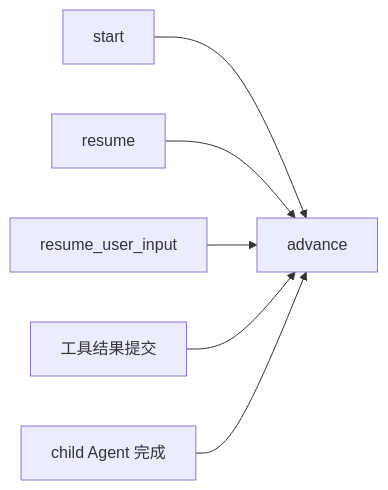
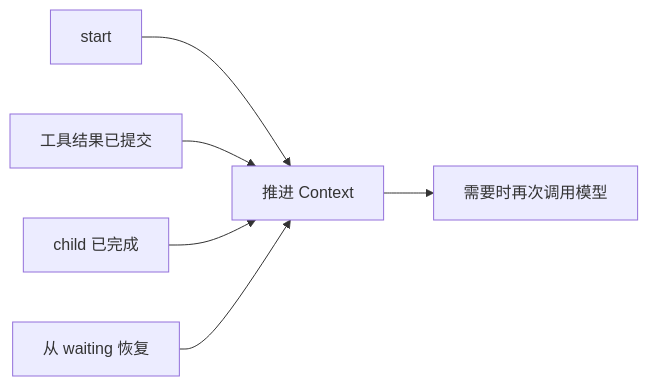
The second of 7 diagrams in docs/03-agent-loop-and-call-protocol.md (Arthur999459up/GitAgent), drawn with Mermaid before and after one commit. The commit also changed other lines of this file and 15 other files, not shown here.

````diff
--- a/docs/03-agent-loop-and-call-protocol.md
+++ b/docs/03-agent-loop-and-call-protocol.md
@@ -69,8 +56,8 @@
 ```mermaid
 flowchart LR
-    S[start] --> A[advance]
-    R[resume] --> A
-    U[resume_user_input] --> A
-    T[工具结果提交] --> A
-    C[child Agent 完成] --> A
+    S[start] --> A[推进 Context]
+    T[工具结果已提交] --> A
+    C[child 已完成] --> A
+    R[从 waiting 恢复] --> A
+    A --> M[需要时再次调用模型]
 ```
````
